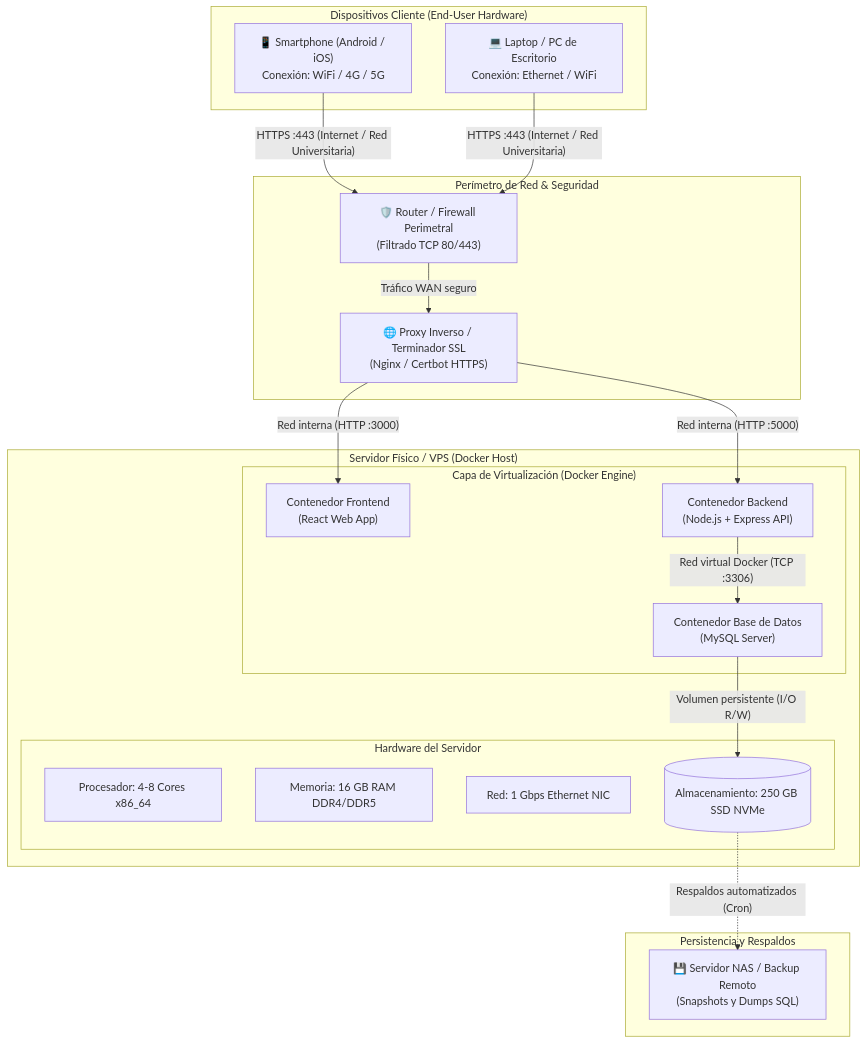
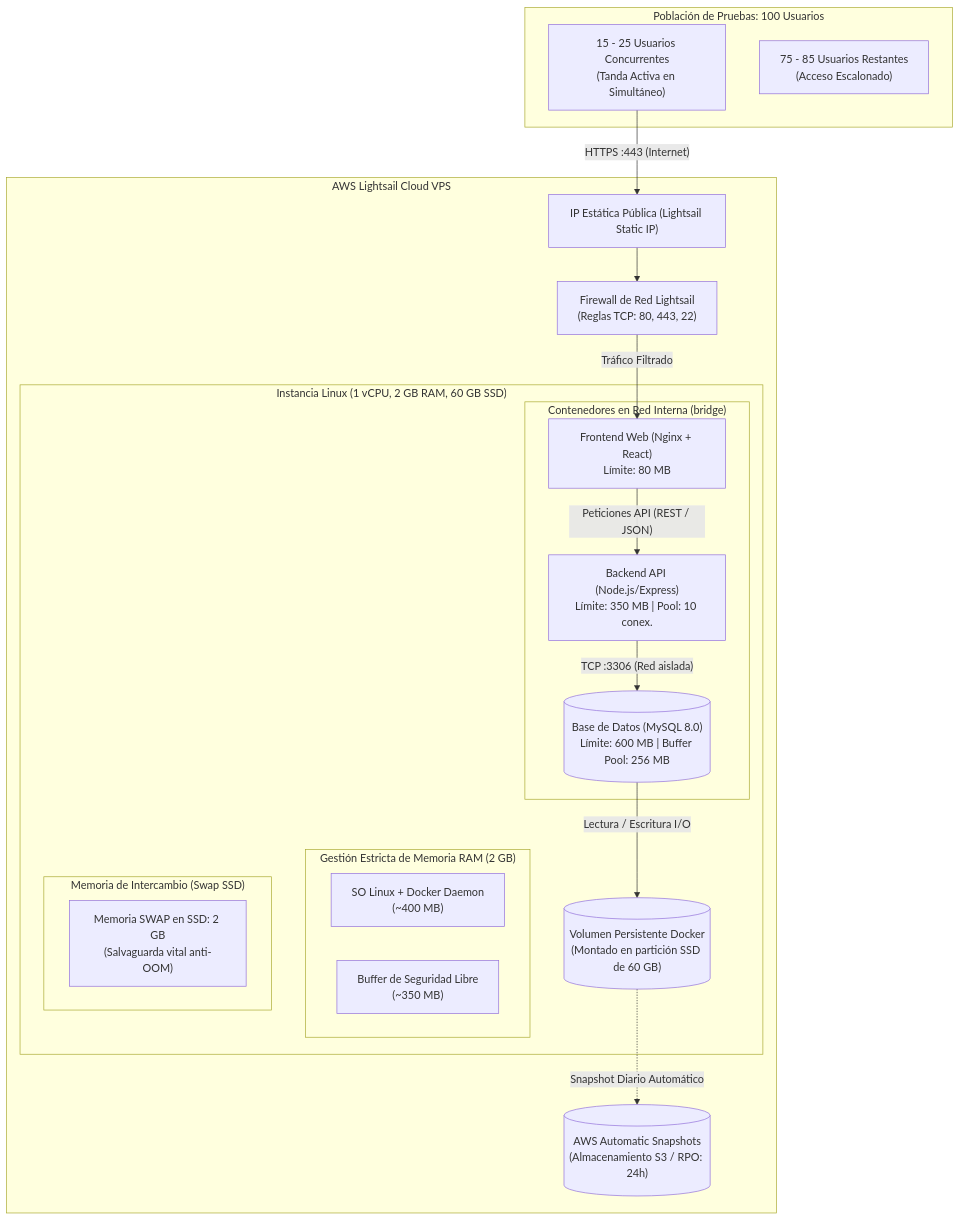
One commit to SEBASTIANTORRESL0K1/ecocampus changed the first of 2 diagrams in docs/arquitectura_hardware.md. Above: the diagram before and after it, drawn with Mermaid. The commit also changed other lines of this file, not shown here.

Commit message:
docs: agregar la infrestructura de AWS

````diff
--- a/docs/arquitectura_hardware.md
+++ b/docs/arquitectura_hardware.md
@@ -22,40 +26,41 @@
 ```mermaid
-graph TD
-    subgraph Clientes ["Dispositivos Cliente (End-User Hardware)"]
-        Smartphone["📱 Smartphone (Android / iOS)<br/>Conexión: WiFi / 4G / 5G"]
-        PC["💻 Laptop / PC de Escritorio<br/>Conexión: Ethernet / WiFi"]
+flowchart TD
+    subgraph Evaluadores ["Población de Pruebas: 100 Usuarios"]
+        TandaActiva["15 - 25 Usuarios Concurrentes<br/>(Tanda Activa en Simultáneo)"]
+        TandaEspera["75 - 85 Usuarios Restantes<br/>(Acceso Escalonado)"]
     end
 
-    subgraph PerimetroRed ["Perímetro de Red & Seguridad"]
-        Firewall["🛡️ Router / Firewall Perimetral<br/>(Filtrado TCP 80/443)"]
-        ReverseProxy["🌐 Proxy Inverso / Terminador SSL<br/>(Nginx / Certbot HTTPS)"]
+    subgraph AWSLightsail ["AWS Lightsail Cloud VPS"]
+        IPEstatica["IP Estática Pública (Lightsail Static IP)"]
+        FirewallAWS["Firewall de Red Lightsail<br/>(Reglas TCP: 80, 443, 22)"]
+
+        subgraph HostVPS ["Instancia Linux (1 vCPU, 2 GB RAM, 60 GB SSD)"]
+            subgraph MemoriaFisica ["Gestión Estricta de Memoria RAM (2 GB)"]
+                OS_Docker["SO Linux + Docker Daemon<br/>(~400 MB)"]
+                BufferLibre["Buffer de Seguridad Libre<br/>(~350 MB)"]
+            end
+
+            subgraph SwapArea ["Memoria de Intercambio (Swap SSD)"]
+                SwapFile["Memoria SWAP en SSD: 2 GB<br/>(Salvaguarda vital anti-OOM)"]
+            end
+
+            subgraph DockerCompose ["Contenedores en Red Interna (bridge)"]
+                ContUI["Frontend Web (Nginx + React)<br/>Límite: 80 MB"]
+                ContAPI["Backend API (Node.js/Express)<br/>Límite: 350 MB | Pool: 10 conex."]
+                ContDB[("Base de Datos (MySQL 8.0)<br/>Límite: 600 MB | Buffer Pool: 256 MB")]
+            end
+
+            SSD_Volume[("Volumen Persistente Docker<br/>(Montado en partición SSD de 60 GB)")]
+        end
+
+        SnapshotsAWS[("AWS Automatic Snapshots<br/>(Almacenamiento S3 / RPO: 24h)")]
     end
 
-    subgraph ServidorHost ["Servidor Físico / VPS (Docker Host)"]
-        subgraph HardwareSpecs ["Hardware del Servidor"]
-            CPU["Procesador: 4-8 Cores x86_64"]
-            RAM["Memoria: 16 GB RAM DDR4/DDR5"]
-            NIC["Red: 1 Gbps Ethernet NIC"]
-            SSD[("Almacenamiento: 250 GB SSD NVMe")]
-        end
-
-        subgraph DockerLayer ["Capa de Virtualización (Docker Engine)"]
-            ContFrontend["Contenedor Frontend<br/>(React Web App)"]
-            ContBackend["Contenedor Backend<br/>(Node.js + Express API)"]
-            ContMySQL["Contenedor Base de Datos<br/>(MySQL Server)"]
-        end
-    end
-
-    subgraph Respaldos ["Persistencia y Respaldos"]
-        NAS["💾 Servidor NAS / Backup Remoto<br/>(Snapshots y Dumps SQL)"]
-    end
-
-    Smartphone -->|"HTTPS :443 (Internet / Red Universitaria)"| Firewall
-    PC -->|"HTTPS :443 (Internet / Red Universitaria)"| Firewall
-    Firewall -->|"Tráfico WAN seguro"| ReverseProxy
-    ReverseProxy -->|"Red interna (HTTP :3000)"| ContFrontend
-    ReverseProxy -->|"Red interna (HTTP :5000)"| ContBackend
-    ContBackend -->|"Red virtual Docker (TCP :3306)"| ContMySQL
-    ContMySQL -->|"Volumen persistente (I/O R/W)"| SSD
-    SSD -.->|"Respaldos automatizados (Cron)"| NAS
+    TandaActiva -->|"HTTPS :443 (Internet)"| IPEstatica
+    IPEstatica --> FirewallAWS
+    FirewallAWS -->|"Tráfico Filtrado"| ContUI
+    ContUI -->|"Peticiones API (REST / JSON)"| ContAPI
+    ContAPI -->|"TCP :3306 (Red aislada)"| ContDB
+    ContDB -->|"Lectura / Escritura I/O"| SSD_Volume
+    SSD_Volume -.->|"Snapshot Diario Automático"| SnapshotsAWS
 ```
````
